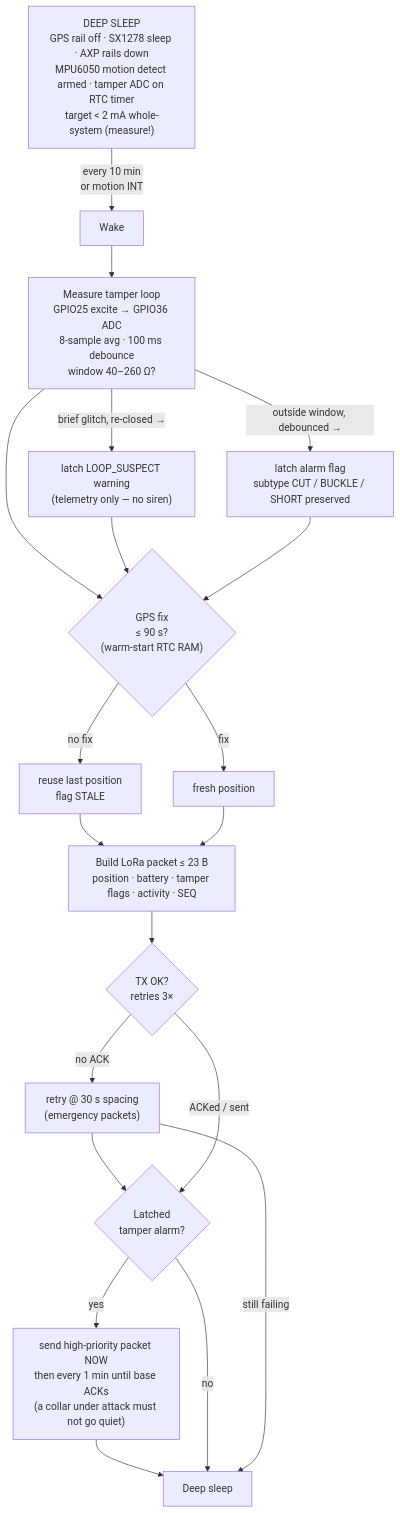
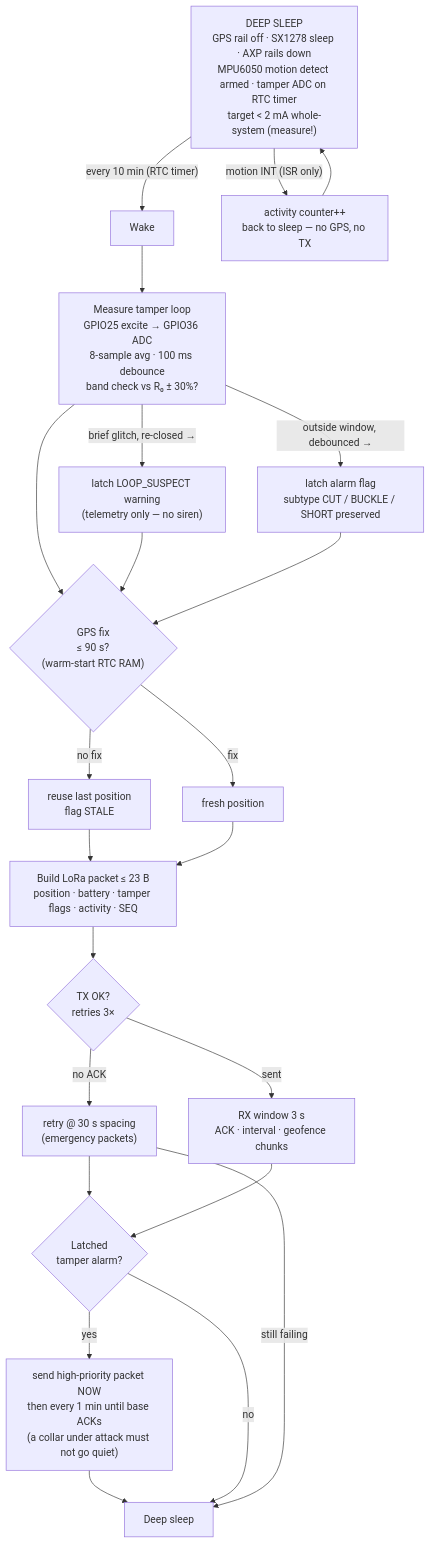
One commit to qppd/smart-collar changed the first of 4 diagrams in docs/FLOWCHART.md. Above: the diagram before and after it, drawn with Mermaid. The commit also changed other lines of this file and 17 other files, not shown here.

First line of the commit message:
Docs: complete offline-first build guide with wiring diagram and Map Pack

````diff
--- a/docs/FLOWCHART.md
+++ b/docs/FLOWCHART.md
@@ -11,23 +11,26 @@
 ```mermaid
 flowchart TB
     SLEEP["DEEP SLEEP<br/>GPS rail off · SX1278 sleep · AXP rails down<br/>MPU6050 motion detect armed · tamper ADC on RTC timer<br/>target &lt; 2 mA whole-system (measure!)"]
-    SLEEP -- "every 10 min<br/>or motion INT" --> WAKE["Wake"]
-    WAKE --> TAMPER["Measure tamper loop<br/>GPIO25 excite → GPIO36 ADC<br/>8-sample avg · 100 ms debounce<br/>window 40–260 Ω?"]
+    SLEEP -- "every 10 min (RTC timer)" --> WAKE["Wake"]
+    SLEEP -- "motion INT (ISR only)" --> COUNT["activity counter++<br/>back to sleep — no GPS, no TX"]
+    COUNT --> SLEEP
+    WAKE -->    TAMPER["Measure tamper loop<br/>GPIO25 excite → GPIO36 ADC<br/>8-sample avg · 100 ms debounce<br/>band check vs R₀ ± 30%?"]
     TAMPER --> GFIX{"GPS fix<br/>≤ 90 s?<br/>(warm-start RTC RAM)"}
     GFIX -- "no fix" --> STALE["reuse last position<br/>flag STALE"]
     GFIX -- "fix" --> POS["fresh position"]
     STALE --> PKT
     POS --> PKT["Build LoRa packet ≤ 23 B<br/>position · battery · tamper flags · activity · SEQ"]
     PKT --> TX{"TX OK?<br/>retries 3×"}
     TX -- "no ACK" --> RETRY["retry @ 30 s spacing<br/>(emergency packets)"]
     RETRY --> LATCHQ
-    TX -- "ACKed / sent" --> LATCHQ{"Latched<br/>tamper alarm?"}
+    TX -- "sent" --> RXW["RX window 3 s<br/>ACK · interval · geofence chunks"]
+    RXW --> LATCHQ{"Latched<br/>tamper alarm?"}
     LATCHQ -- "yes" --> NOW["send high-priority packet NOW<br/>then every 1 min until base ACKs<br/>(a collar under attack must not go quiet)"]
     NOW --> BACK
     LATCHQ -- "no" --> BACK["Deep sleep"]
     RETRY -- "still failing" --> BACK
     TAMPER -- "brief glitch, re-closed →" --> SUSPECT["latch LOOP_SUSPECT warning<br/>(telemetry only — no siren)"]
     SUSPECT --> GFIX
     TAMPER -- "outside window, debounced →" --> LATCHEV["latch alarm flag<br/>subtype CUT / BUCKLE / SHORT preserved"]
     LATCHEV --> GFIX
 ```
````
